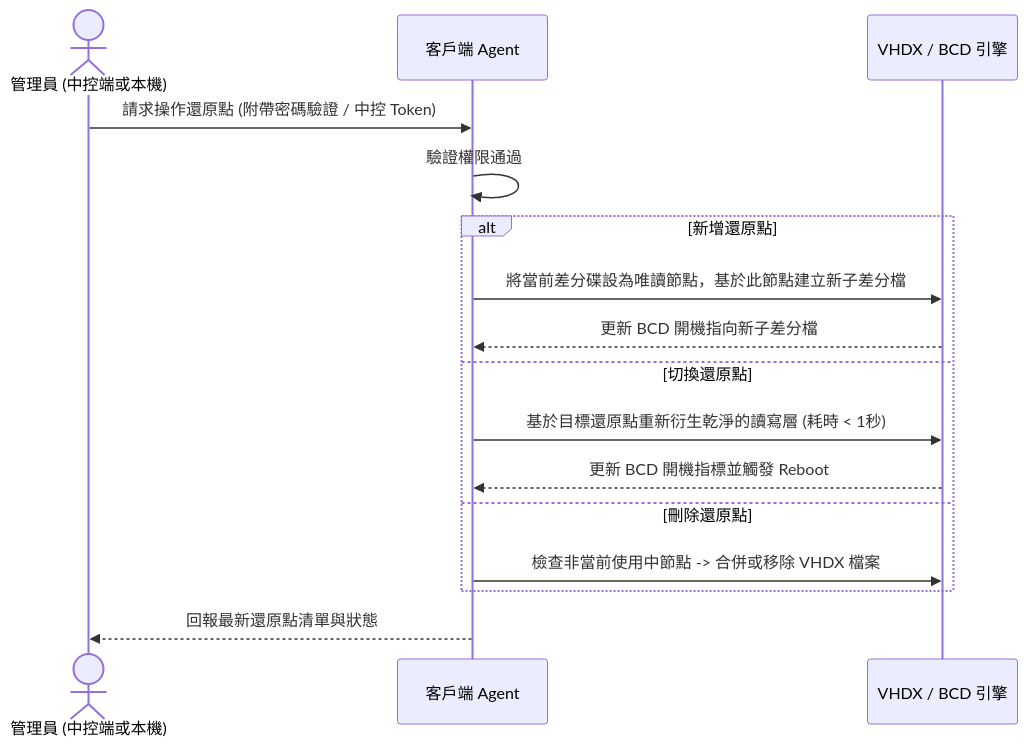
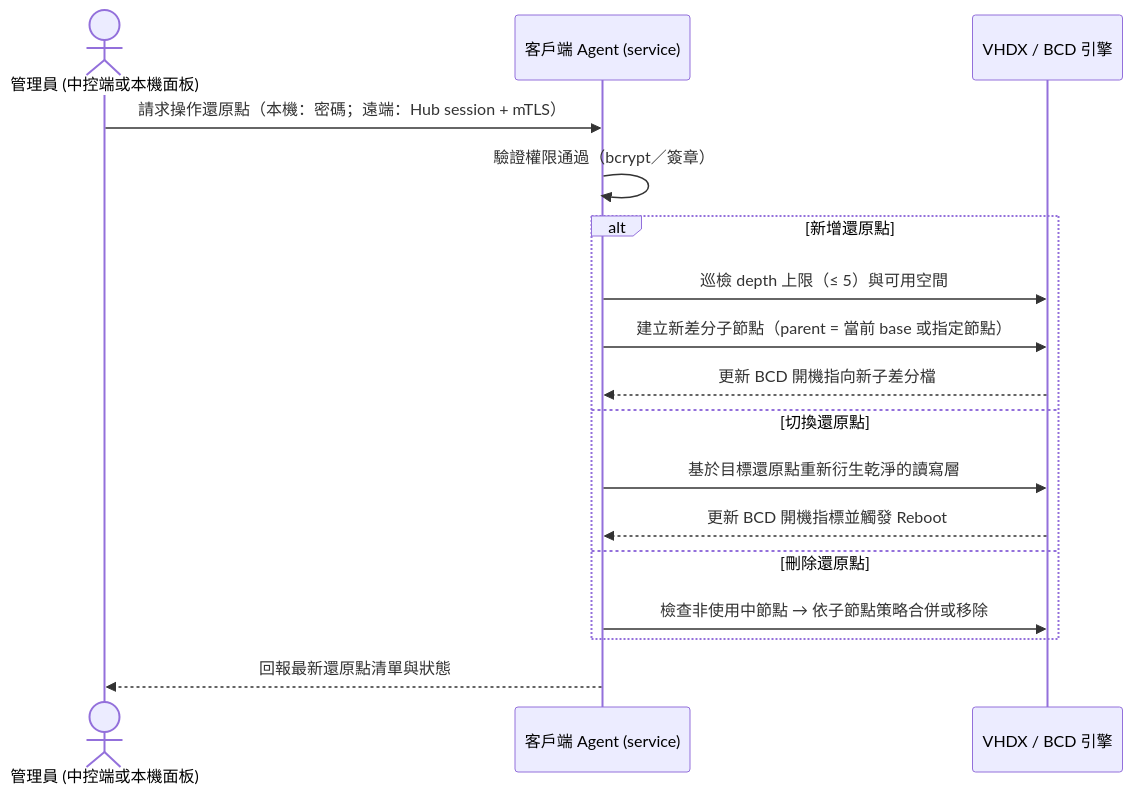
Before and after one commit to Lin-Yu-kuan/back-EZ: the second of 4 diagrams in SPEC.md, drawn with Mermaid. The commit also changed other lines of this file and 3 other files, not shown here.

````diff
--- a/SPEC.md
+++ b/SPEC.md
@@ -286,19 +435,20 @@
 ```mermaid
 sequenceDiagram
-    actor Admin as 管理員 (中控端或本機)
-    participant Agent as 客戶端 Agent
+    actor Admin as 管理員 (中控端或本機面板)
+    participant Agent as 客戶端 Agent (service)
     participant VHDX as VHDX / BCD 引擎
 
-    Admin->>Agent: 請求操作還原點 (附帶密碼驗證 / 中控 Token)
-    Agent->>Agent: 驗證權限通過
+    Admin->>Agent: 請求操作還原點（本機：密碼；遠端：Hub session + mTLS）
+    Agent->>Agent: 驗證權限通過（bcrypt／簽章）
     alt 新增還原點
-        Agent->>VHDX: 將當前差分碟設為唯讀節點，基於此節點建立新子差分檔
+        Agent->>VHDX: 巡檢 depth 上限（≤ 5）與可用空間
+        Agent->>VHDX: 建立新差分子節點（parent = 當前 base 或指定節點）
         VHDX-->>Agent: 更新 BCD 開機指向新子差分檔
     else 切換還原點
-        Agent->>VHDX: 基於目標還原點重新衍生乾淨的讀寫層 (耗時 < 1秒)
+        Agent->>VHDX: 基於目標還原點重新衍生乾淨的讀寫層
         VHDX-->>Agent: 更新 BCD 開機指標並觸發 Reboot
     else 刪除還原點
-        Agent->>VHDX: 檢查非當前使用中節點 -> 合併或移除 VHDX 檔案
+        Agent->>VHDX: 檢查非使用中節點 → 依子節點策略合併或移除
     end
     Agent-->>Admin: 回報最新還原點清單與狀態
 ```
````
